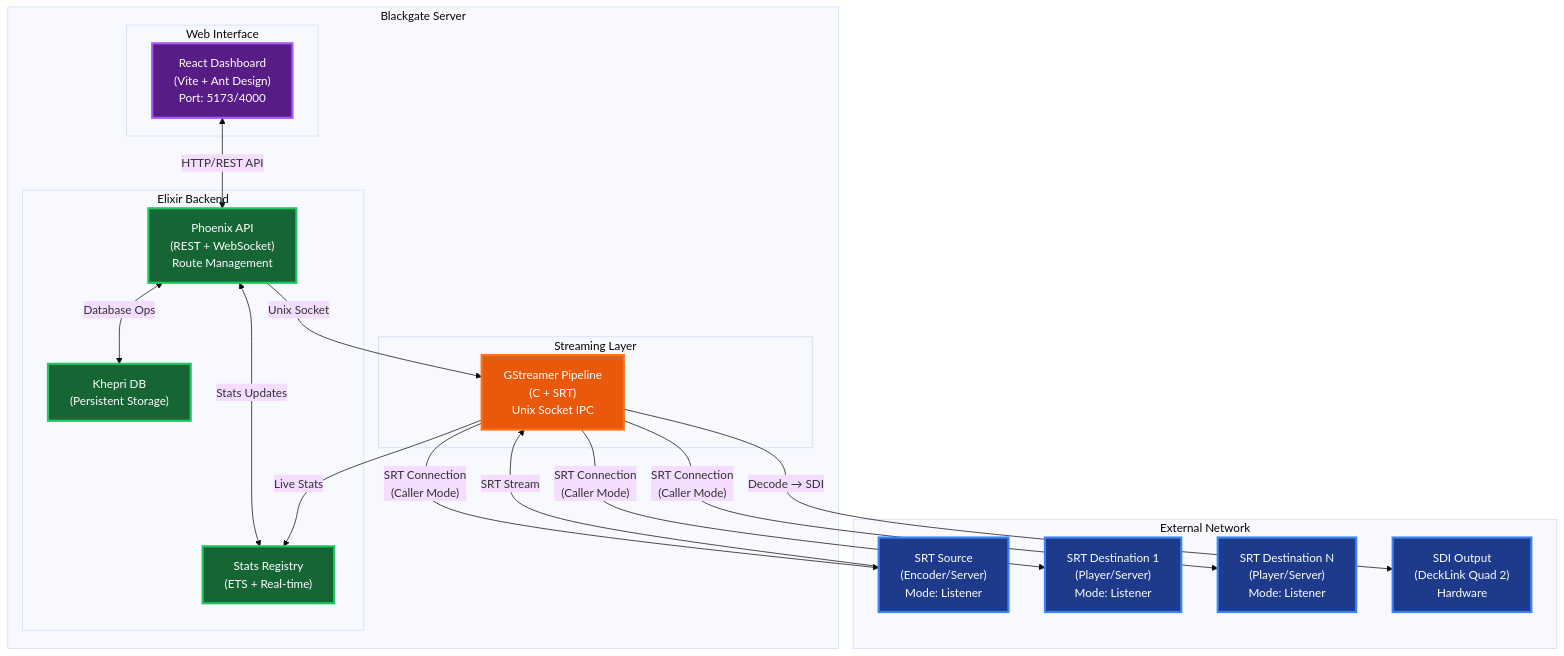
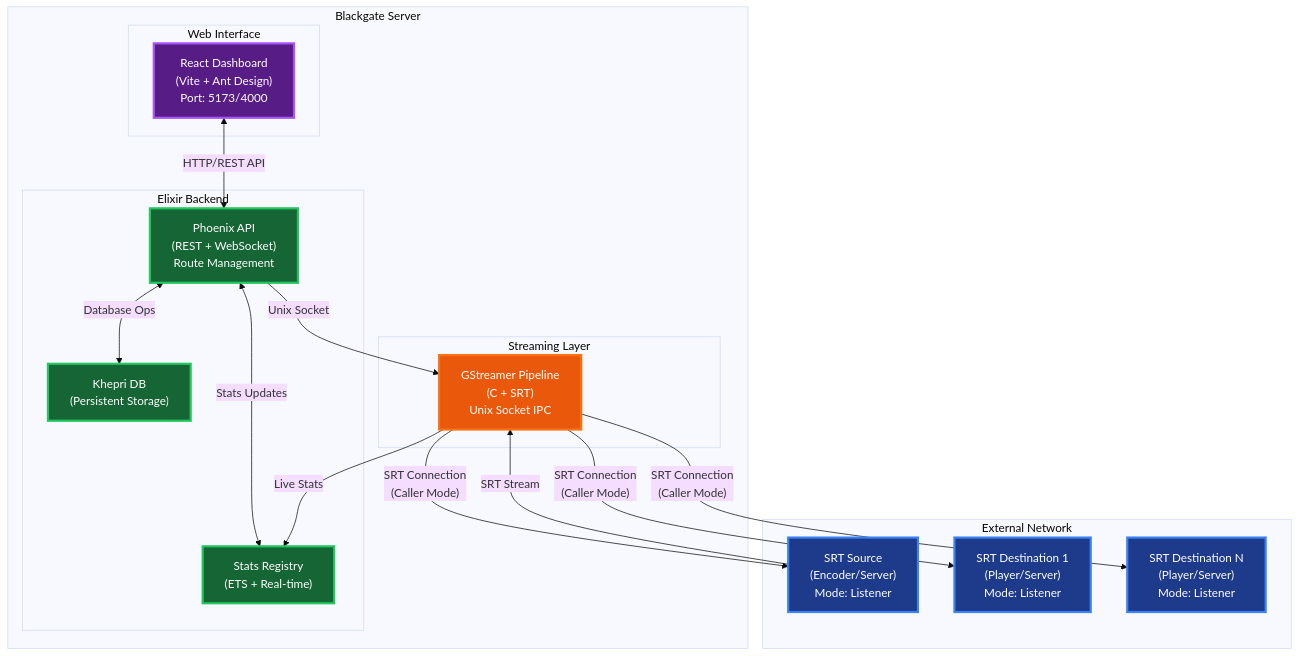
The second of 4 diagrams in README.md (visual-alchemy/blackgate-project), drawn with Mermaid (base theme) before and after one commit. The commit also changed other lines of this file and 72 other files, not shown here.

First line of the commit message:
feat!: remove SDI output — Blackgate Lite product line

````diff
--- a/README.md
+++ b/README.md
@@ -152,47 +139,45 @@
 ```mermaid
 graph TB
     subgraph "Blackgate Server"
         subgraph "Web Interface"
             A["React Dashboard<br/>(Vite + Ant Design)<br/>Port: 5173/4000"]
         end
         
         subgraph "Elixir Backend"
             B["Phoenix API<br/>(REST + WebSocket)<br/>Route Management"]
             C["Stats Registry<br/>(ETS + Real-time)"]
             D["Khepri DB<br/>(Persistent Storage)"]
         end
         
         subgraph "Streaming Layer"
             E["GStreamer Pipeline<br/>(C + SRT)<br/>Unix Socket IPC"]
         end
     end
     
     subgraph "External Network"
         F["SRT Source<br/>(Encoder/Server)<br/>Mode: Listener"]
         G["SRT Destination 1<br/>(Player/Server)<br/>Mode: Listener"]
         H["SRT Destination N<br/>(Player/Server)<br/>Mode: Listener"]
-        I["SDI Output<br/>(DeckLink Quad 2)<br/>Hardware"]
     end
     
     E -->|"SRT Connection<br/>(Caller Mode)"| F
     F -->|"SRT Stream"| E
     E -->|"SRT Connection<br/>(Caller Mode)"| G
     E -->|"SRT Connection<br/>(Caller Mode)"| H
-    E -->|"Decode → SDI"| I
     
     A <-->|"HTTP/REST API"| B
     B <-->|"Database Ops"| D
     B <-->|"Stats Updates"| C
     B -->|"Unix Socket"| E
     E -->|"Live Stats"| C
     
     classDef external fill:#1e3a8a,stroke:#3b82f6,stroke-width:3px,color:#ffffff
     classDef ui fill:#581c87,stroke:#a855f7,stroke-width:3px,color:#ffffff
     classDef backend fill:#166534,stroke:#22c55e,stroke-width:3px,color:#ffffff
     classDef streaming fill:#ea580c,stroke:#f97316,stroke-width:3px,color:#ffffff
     
-    class F,G,H,I external
+    class F,G,H external
     class A ui
     class B,C,D backend
     class E streaming
 ```
````
